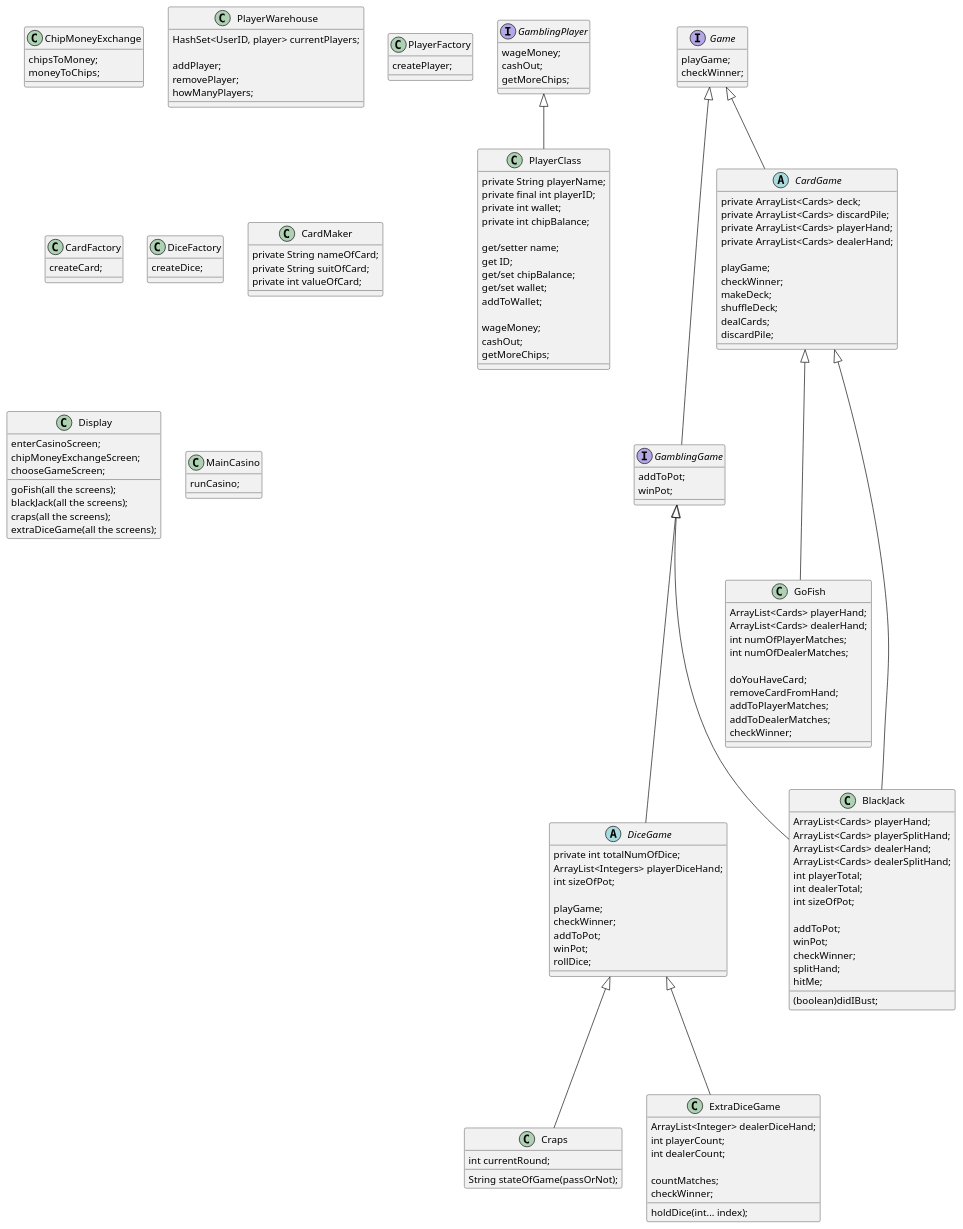
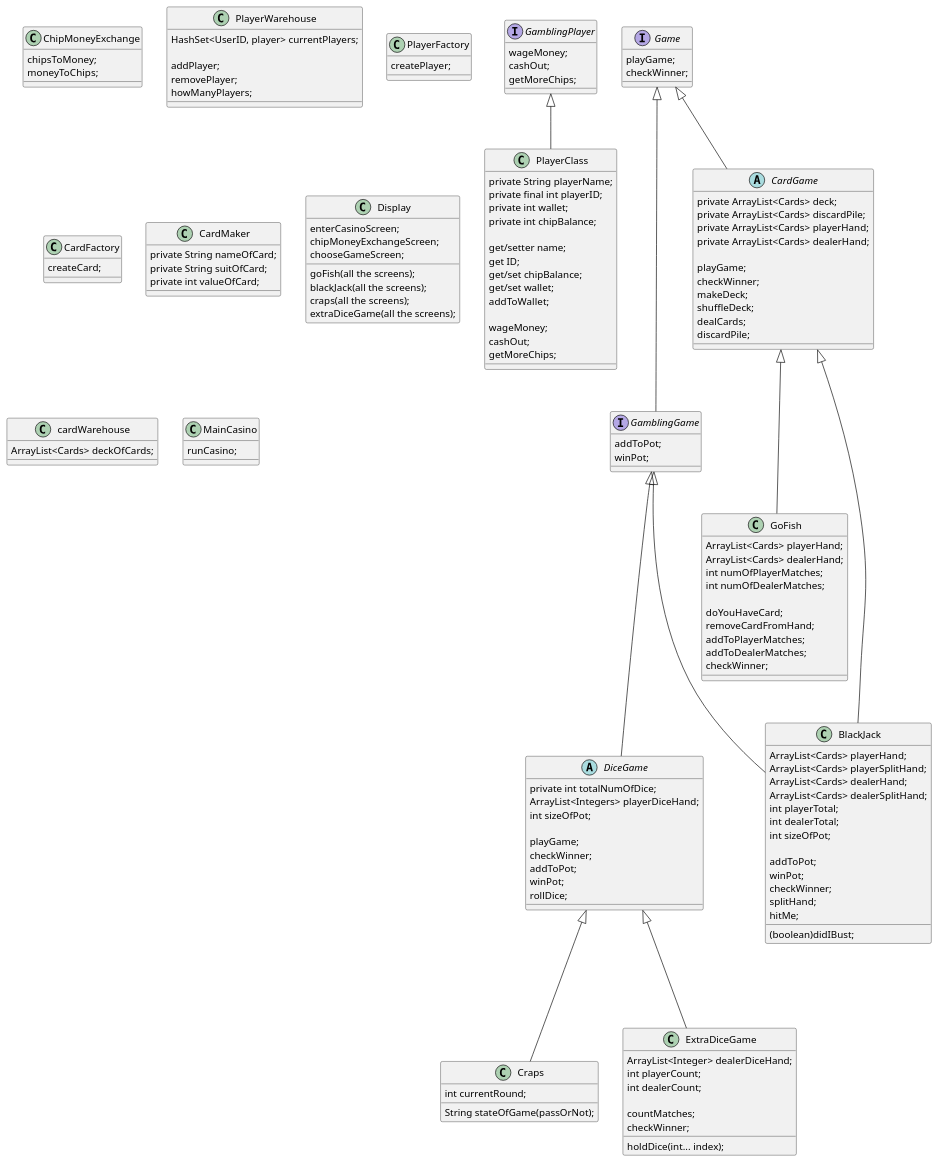
One commit to ZipCodeCore/GroupCasino changed the diagram in Casino.puml. Above: the diagram before and after it, drawn with PlantUML. The commit also changed 2 other files, not shown here.

Commit message:
updated uml. added main class. Casino class has run method

```diff
--- a/Casino.puml
+++ b/Casino.puml
@@ -1,178 +1,179 @@
 @startuml
 'https://plantuml.com/sequence-diagram
 
 class PlayerClass {
 private String playerName;
 private final int playerID;
 private int wallet;
 private int chipBalance;
 
 get/setter name;
 get ID;
 get/set chipBalance;
 get/set wallet;
 addToWallet;
 
 wageMoney;
 cashOut;
 getMoreChips;
 }
 
 interface Game {
 playGame;
 checkWinner;
 }
 
 interface GamblingGame {
 addToPot;
 winPot;
 }
 
 interface GamblingPlayer {
 wageMoney;
 cashOut;
 getMoreChips;
 }
 
 abstract class CardGame {
 private ArrayList<Cards> deck;
 private ArrayList<Cards> discardPile;
 private ArrayList<Cards> playerHand;
 private ArrayList<Cards> dealerHand;
 
 playGame;
 checkWinner;
 makeDeck;
 shuffleDeck;
 dealCards;
 discardPile;
 }
 
 abstract class DiceGame {
 private int totalNumOfDice;
 ArrayList<Integers> playerDiceHand;
 int sizeOfPot;
 
 playGame;
 checkWinner;
 addToPot;
 winPot;
 rollDice;
 }
 
 class ChipMoneyExchange {
 chipsToMoney;
 moneyToChips;
 }
 
 class GoFish {
 ArrayList<Cards> playerHand;
 ArrayList<Cards> dealerHand;
 int numOfPlayerMatches;
 int numOfDealerMatches;
 
 doYouHaveCard;
 removeCardFromHand;
 addToPlayerMatches;
 addToDealerMatches;
 checkWinner;
 }
 
 class BlackJack {
 ArrayList<Cards> playerHand;
 ArrayList<Cards> playerSplitHand;
 ArrayList<Cards> dealerHand;
 ArrayList<Cards> dealerSplitHand;
 int playerTotal;
 int dealerTotal;
 int sizeOfPot;
 
 addToPot;
 winPot;
 checkWinner;
 splitHand;
 hitMe;
 (boolean)didIBust;
 }
 
 class Craps {
 String stateOfGame(passOrNot);
 int currentRound;
 }
 
 class ExtraDiceGame {
 ArrayList<Integer> dealerDiceHand;
 int playerCount;
 int dealerCount;
 
 countMatches;
 checkWinner;
 holdDice(int... index);
 }
 
 class PlayerWarehouse {
 HashSet<UserID, player> currentPlayers;
 
 addPlayer;
 removePlayer;
 howManyPlayers;
 }
 
 class PlayerFactory {
 createPlayer;
 }
 
 class CardFactory {
 createCard;
 }
 
-class DiceFactory {
-createDice;
-}
 
 class CardMaker {
 private String nameOfCard;
 private String suitOfCard;
 private int valueOfCard;
 }
 
 class Display {
 enterCasinoScreen;
 chipMoneyExchangeScreen;
 chooseGameScreen;
 goFish(all the screens);
 blackJack(all the screens);
 craps(all the screens);
 extraDiceGame(all the screens);
+}
+
+class cardWarehouse {
+ArrayList<Cards> deckOfCards;
 }
 
 
 class MainCasino {
 runCasino;
 }
 
 DiceGame <|--- Craps
 DiceGame <|--- ExtraDiceGame
 
 CardGame <|--- GoFish
 CardGame <|--- BlackJack
 
 Game <|--- GamblingGame
 
 
 GamblingGame <|--- BlackJack
 GamblingGame <|--- DiceGame
 
 GamblingPlayer <|-- PlayerClass
 
 Game <|-- CardGame
 
 
 
 'Alice -> Bob: Authentication Request
 'Bob --> Alice: Authentication Response
 '
 'Alice -> Bob: Another authentication Request
 'Alice <-- Bob: another authentication Response
 
 @enduml
```
